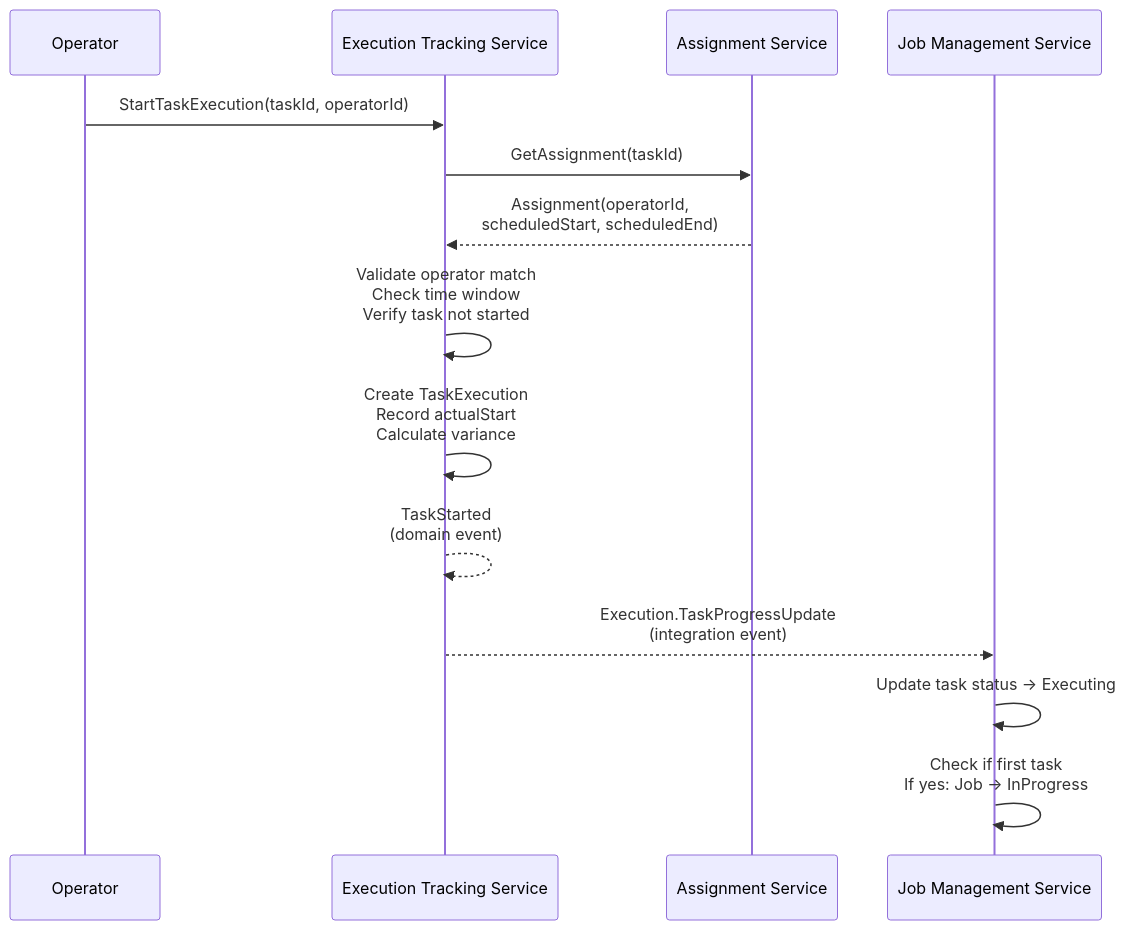
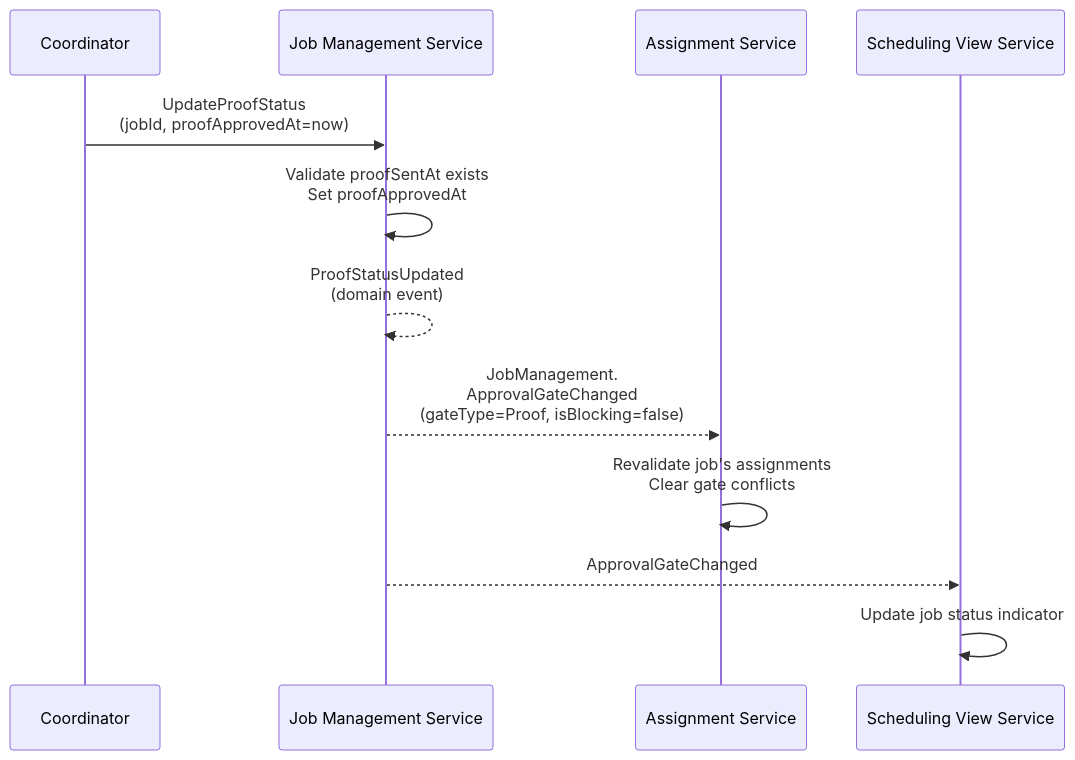
One commit to ikadar/ewlin changed the third of 8 diagrams in docs/architecture/sequence-design.md. Above: the diagram before and after it, drawn with Mermaid. The commit also changed other lines of this file and 3 other files, not shown here.

````diff
--- a/docs/architecture/sequence-design.md
+++ b/docs/architecture/sequence-design.md
@@ -116,17 +187,15 @@
 ```mermaid
 sequenceDiagram
-    participant Operator
-    participant Execution as Execution Tracking Service
+    participant Coordinator
+    participant Job as Job Management Service
     participant Assignment as Assignment Service
-    participant Job as Job Management Service
+    participant View as Scheduling View Service
 
-    Operator->>Execution: StartTaskExecution(taskId, operatorId)
-    Execution->>Assignment: GetAssignment(taskId)
-    Assignment-->>Execution: Assignment(operatorId,<br>scheduledStart, scheduledEnd)
-    Execution->>Execution: Validate operator match<br>Check time window<br>Verify task not started
-    Execution->>Execution: Create TaskExecution<br>Record actualStart<br>Calculate variance
-    Execution-->>Execution: TaskStarted<br>(domain event)
-    Execution-->>Job: Execution.TaskProgressUpdate<br>(integration event)
-    Job->>Job: Update task status → Executing
-    Job->>Job: Check if first task<br>If yes: Job → InProgress
+    Coordinator->>Job: UpdateProofStatus<br>(jobId, proofApprovedAt=now)
+    Job->>Job: Validate proofSentAt exists<br>Set proofApprovedAt
+    Job-->>Job: ProofStatusUpdated<br>(domain event)
+    Job-->>Assignment: JobManagement.<br>ApprovalGateChanged<br>(gateType=Proof, isBlocking=false)
+    Assignment->>Assignment: Revalidate job's assignments<br>Clear gate conflicts
+    Job-->>View: ApprovalGateChanged
+    View->>View: Update job status indicator
 ```
````
